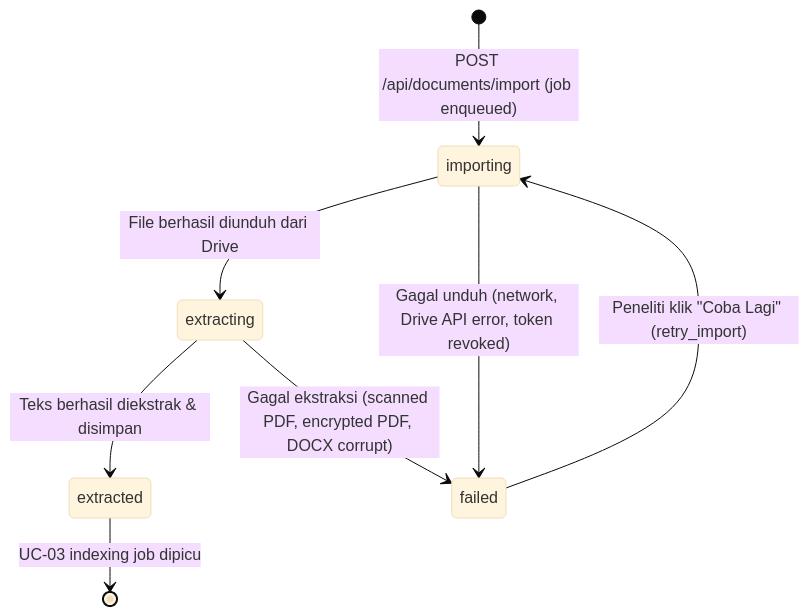
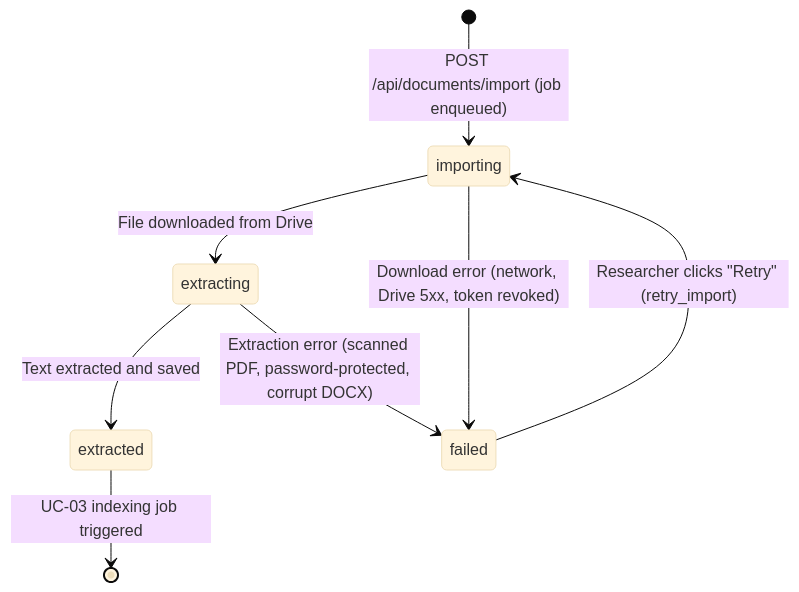
Before and after one commit to Gzaa19/Telaah: the diagram in specs/002-drive-document-import/data-model.md, drawn with Mermaid (base theme). The commit also changed other lines of this file and 5 other files, not shown here.

First line of the commit message:
refactor(specs): standardize UC-02 database models, diagrams, and API contracts to English

````diff
--- a/specs/002-drive-document-import/data-model.md
+++ b/specs/002-drive-document-import/data-model.md
@@ -80,10 +80,10 @@
 ```mermaid
 stateDiagram-v2
     [*] --> importing : POST /api/documents/import (job enqueued)
-    importing --> extracting : File berhasil diunduh dari Drive
-    extracting --> extracted : Teks berhasil diekstrak & disimpan
-    extracted --> [*] : UC-03 indexing job dipicu
-    importing --> failed : Gagal unduh (network, Drive API error, token revoked)
-    extracting --> failed : Gagal ekstraksi (scanned PDF, encrypted PDF, DOCX corrupt)
-    failed --> importing : Peneliti klik "Coba Lagi" (retry_import)
+    importing --> extracting : File downloaded from Drive
+    extracting --> extracted : Text extracted and saved
+    extracted --> [*] : UC-03 indexing job triggered
+    importing --> failed : Download error (network, Drive 5xx, token revoked)
+    extracting --> failed : Extraction error (scanned PDF, password-protected, corrupt DOCX)
+    failed --> importing : Researcher clicks "Retry" (retry_import)
 ```
````
